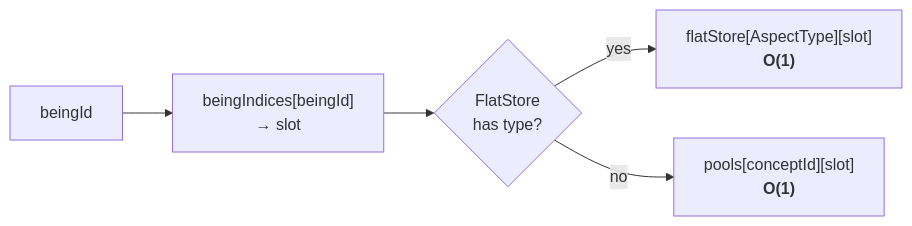
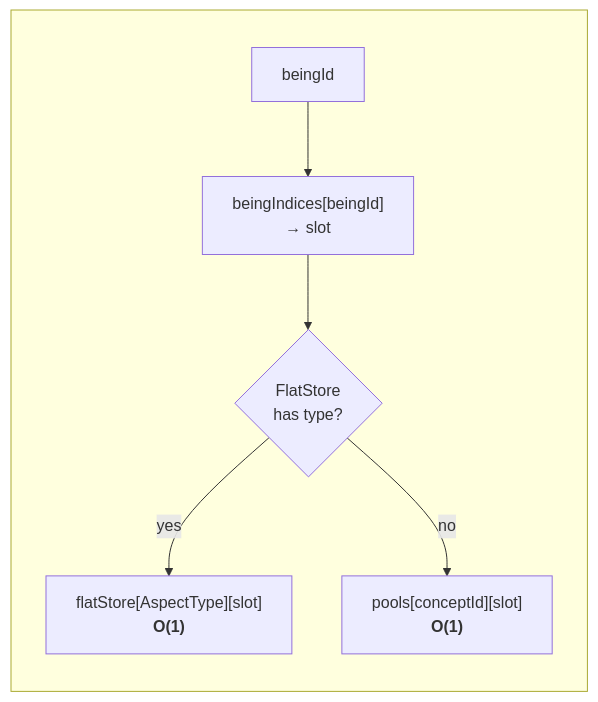
One commit to fm39hz/fm39hz-blogs changed the eighth of 21 diagrams in src/content/articles/another-way-to-engineer-a-game.md. Above: the diagram before and after it, drawn with Mermaid. The commit also changed other lines of this file, not shown here.

````diff
--- a/src/content/articles/another-way-to-engineer-a-game.md
+++ b/src/content/articles/another-way-to-engineer-a-game.md
@@ -332,7 +334,9 @@
 ```mermaid
 flowchart LR
+subgraph " "
     BID["beingId"] --> IDX["beingIndices[beingId]<br/>→ slot"]
     IDX --> FS{"FlatStore<br/>has type?"}
     FS -->|yes| ARR["flatStore[AspectType][slot]<br/><b>O(1)</b>"]
     FS -->|no| POOL["pools[conceptId][slot]<br/><b>O(1)</b>"]
+end
 ```
````
